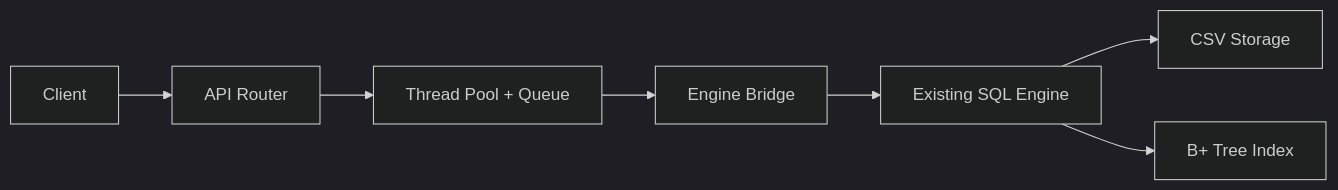
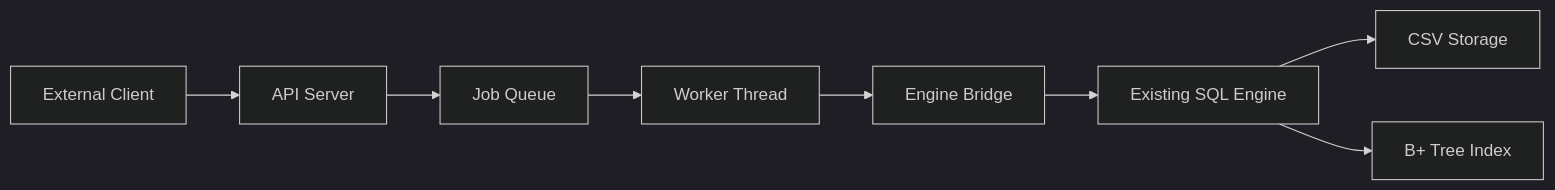
The first of 2 diagrams in docs/weeks/WEEK8/presentation/presentation_visuals.md (tail1887/sql_parsor), drawn with Mermaid (dark theme) before and after one commit. The commit also changed other lines of this file and 1 other file, not shown here.

````diff
--- a/docs/weeks/WEEK8/presentation/presentation_visuals.md
+++ b/docs/weeks/WEEK8/presentation/presentation_visuals.md
@@ -8,17 +32,19 @@
 ```mermaid
 flowchart LR
-    client[Client]
-    router[API Router]
-    pool[Thread Pool + Queue]
-    bridge[Engine Bridge]
-    engine[Existing SQL Engine]
-    csv[CSV Storage]
-    bpt[B+ Tree Index]
+    client["External Client"]
+    api["API Server"]
+    queue["Job Queue"]
+    worker["Worker Thread"]
+    bridge["Engine Bridge"]
+    engine["Existing SQL Engine"]
+    csv["CSV Storage"]
+    bpt["B+ Tree Index"]
 
-    client --> router
-    router --> pool
-    pool --> bridge
+    client --> api
+    api --> queue
+    queue --> worker
+    worker --> bridge
     bridge --> engine
     engine --> csv
     engine --> bpt
 ```
````
